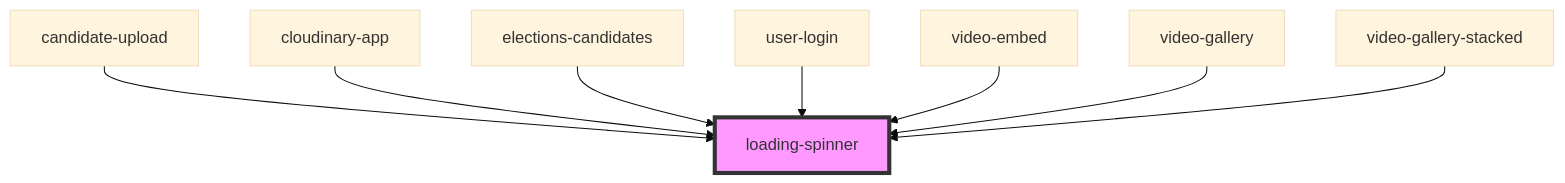
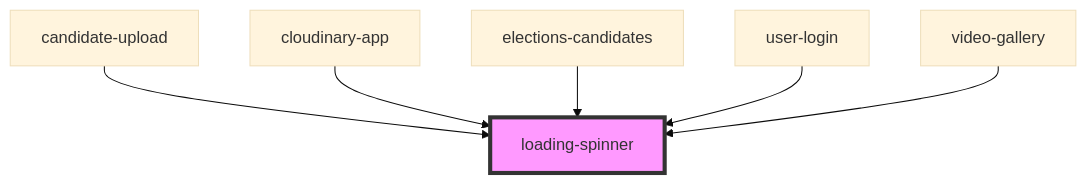
One commit to dev-kylo/component_library changed the diagram in src/components/spinner/readme.md. Above: the diagram before and after it, drawn with Mermaid (base theme). The commit also changed other lines of this file and 30 other files, not shown here.

````diff
--- a/src/components/spinner/readme.md
+++ b/src/components/spinner/readme.md
@@ -29,11 +27,9 @@
 ```mermaid
 graph TD;
   candidate-upload --> loading-spinner
   cloudinary-app --> loading-spinner
   elections-candidates --> loading-spinner
   user-login --> loading-spinner
-  video-embed --> loading-spinner
   video-gallery --> loading-spinner
-  video-gallery-stacked --> loading-spinner
   style loading-spinner fill:#f9f,stroke:#333,stroke-width:4px
 ```
````
